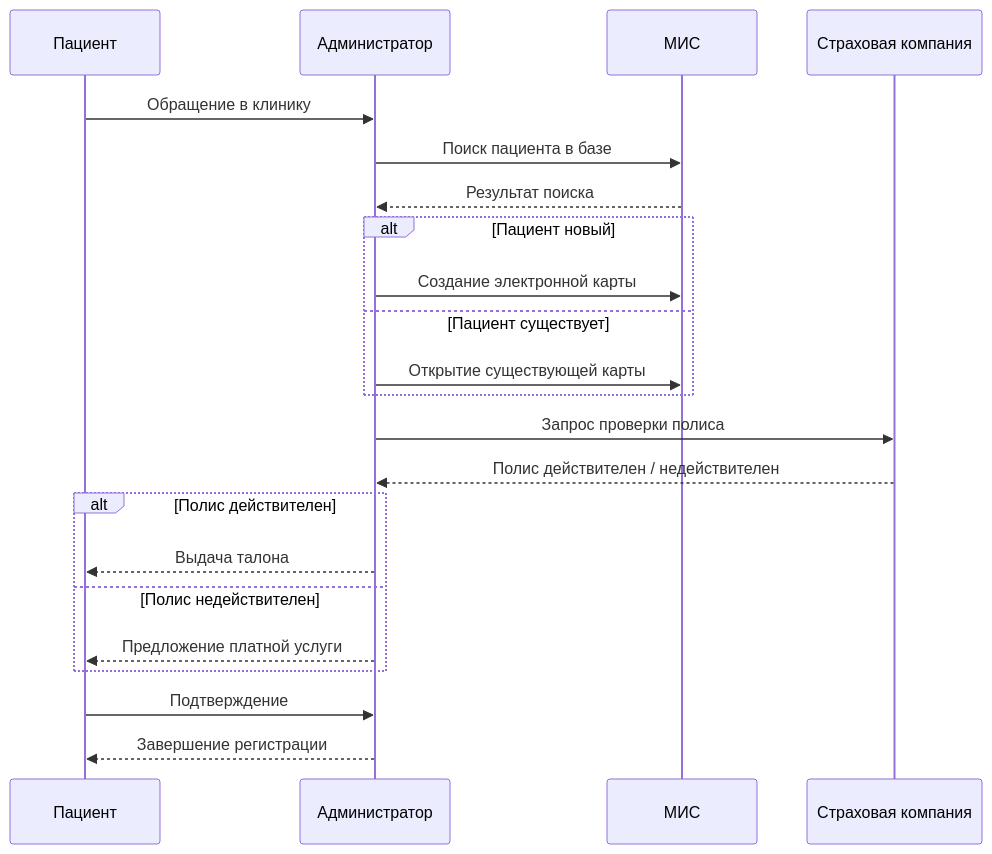
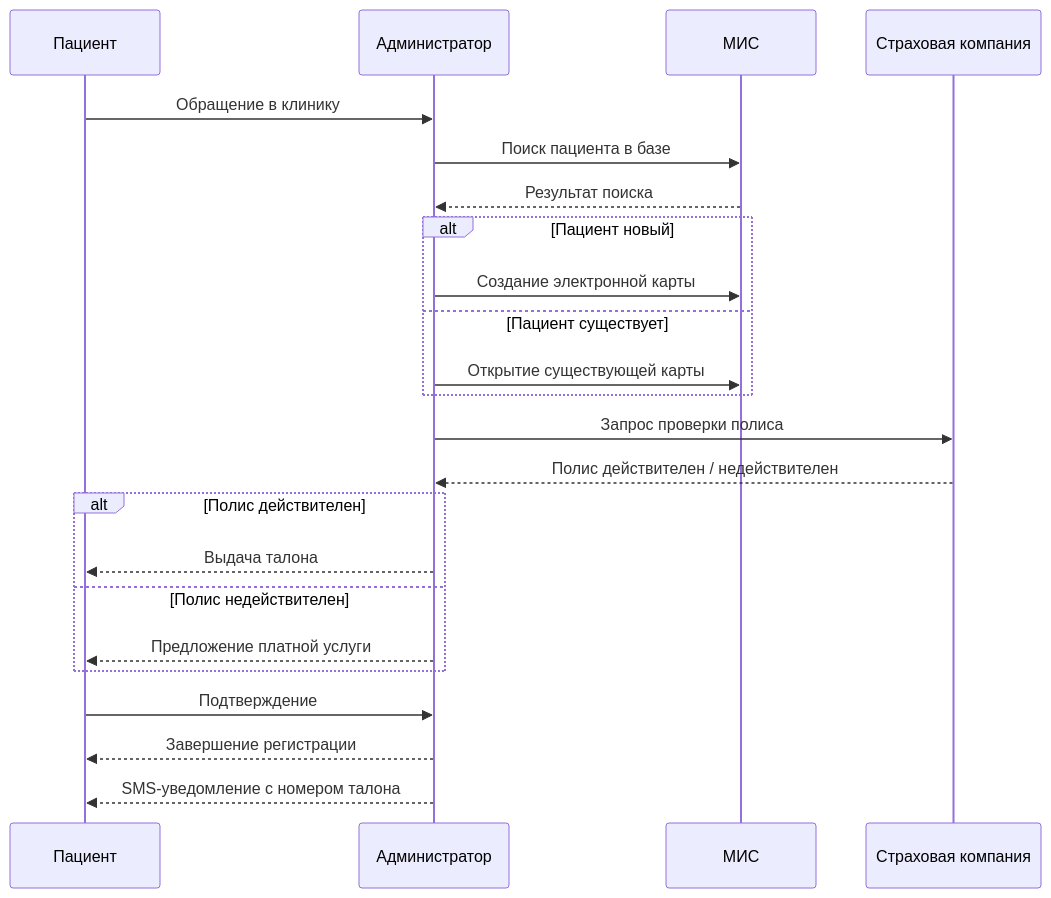
Before and after one commit to Renayce/visual-programming-labs-Lisay: the diagram in lab1/diagrams/sequence.md, drawn with Mermaid. The commit also changed 1 other file, not shown here.

Commit message:
Update Mermaid: add minor element

````diff
--- a/lab1/diagrams/sequence.md
+++ b/lab1/diagrams/sequence.md
@@ -3,29 +3,30 @@
 ```mermaid
 sequenceDiagram
     participant P as Пациент
     participant A as Администратор
     participant M as МИС
     participant S as Страховая компания
 
     P->>A: Обращение в клинику
     A->>M: Поиск пациента в базе
     M-->>A: Результат поиска
 
     alt Пациент новый
         A->>M: Создание электронной карты
     else Пациент существует
         A->>M: Открытие существующей карты
     end
 
     A->>S: Запрос проверки полиса
     S-->>A: Полис действителен / недействителен
 
     alt Полис действителен
         A-->>P: Выдача талона
     else Полис недействителен
         A-->>P: Предложение платной услуги
     end
 
     P->>A: Подтверждение
     A-->>P: Завершение регистрации
+    A-->>P: SMS-уведомление с номером талона
 ```
````
